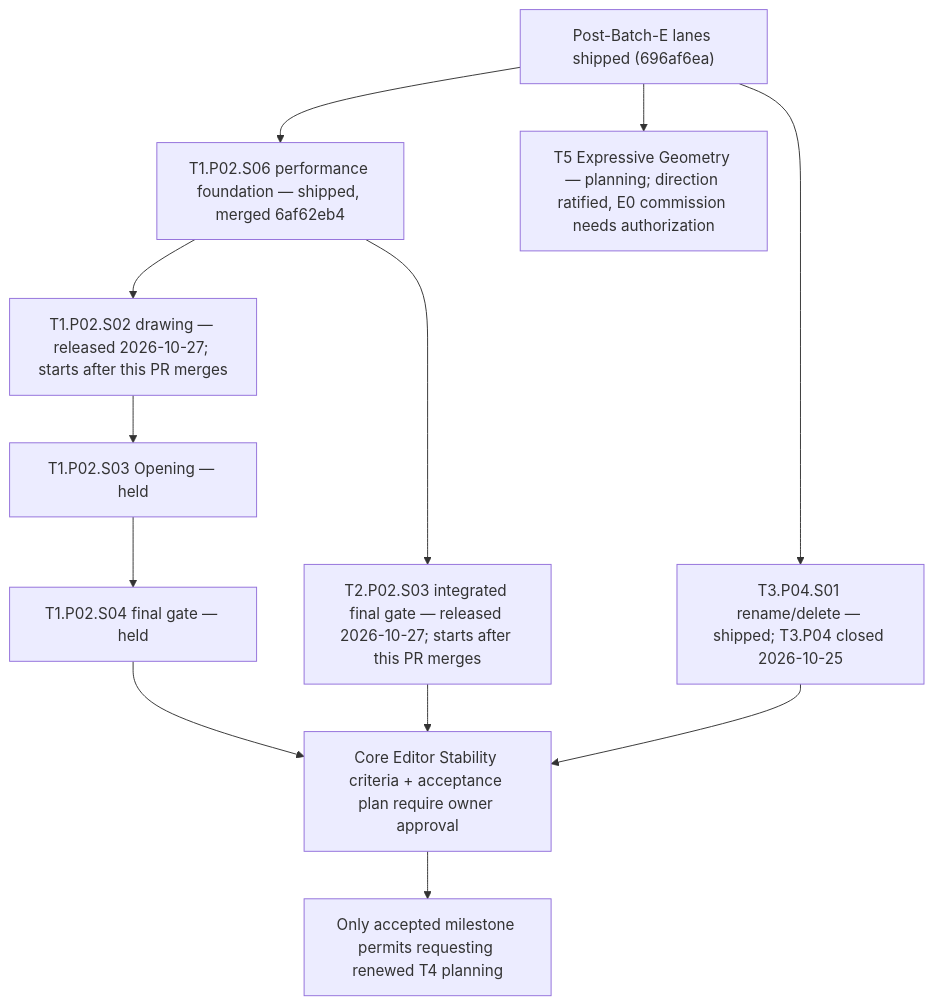
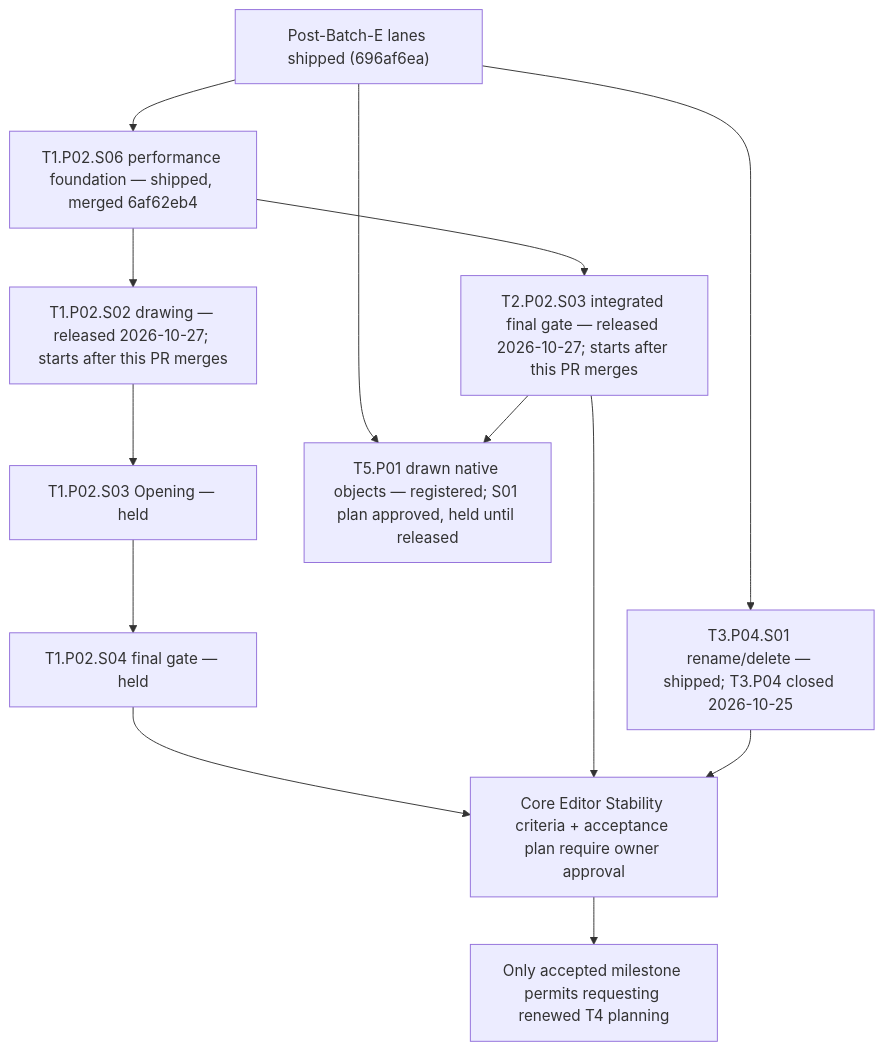
Before and after one commit to Biskiq/spatial-sketch-editor: the diagram in docs/roadmap/cross-track-execution.md, drawn with Mermaid. The commit also changed other lines of this file and 19 other files, not shown here.

First line of the commit message:
docs(t5): withdraw E0 and plan native forms with Object Focus

````diff
--- a/docs/roadmap/cross-track-execution.md
+++ b/docs/roadmap/cross-track-execution.md
@@ -84,15 +86,16 @@
 ```mermaid
 flowchart TD
   B["Post-Batch-E lanes shipped (696af6ea)"]
   B --> P["T1.P02.S06 performance foundation — shipped, merged 6af62eb4"]
   P -->  D["T1.P02.S02 drawing — released 2026-10-27; starts after this PR merges"]
   D --> O["T1.P02.S03 Opening — held"]
   O --> F["T1.P02.S04 final gate — held"]
   P -->  IF["T2.P02.S03 integrated final gate — released 2026-10-27; starts after this PR merges"]
   B --> C["T3.P04.S01 rename/delete — shipped; T3.P04 closed 2026-10-25"]
-  B --> T5["T5 Expressive Geometry — planning; direction ratified, E0 commission needs authorization"]
+  B --> T5["T5.P01 drawn native objects — registered; S01 plan approved, held until released"]
+  IF --> T5
   F --> CES["Core Editor Stability criteria + acceptance plan require owner approval"]
   IF --> CES
   C --> CES
   CES --> T4["Only accepted milestone permits requesting renewed T4 planning"]
 ```
````
